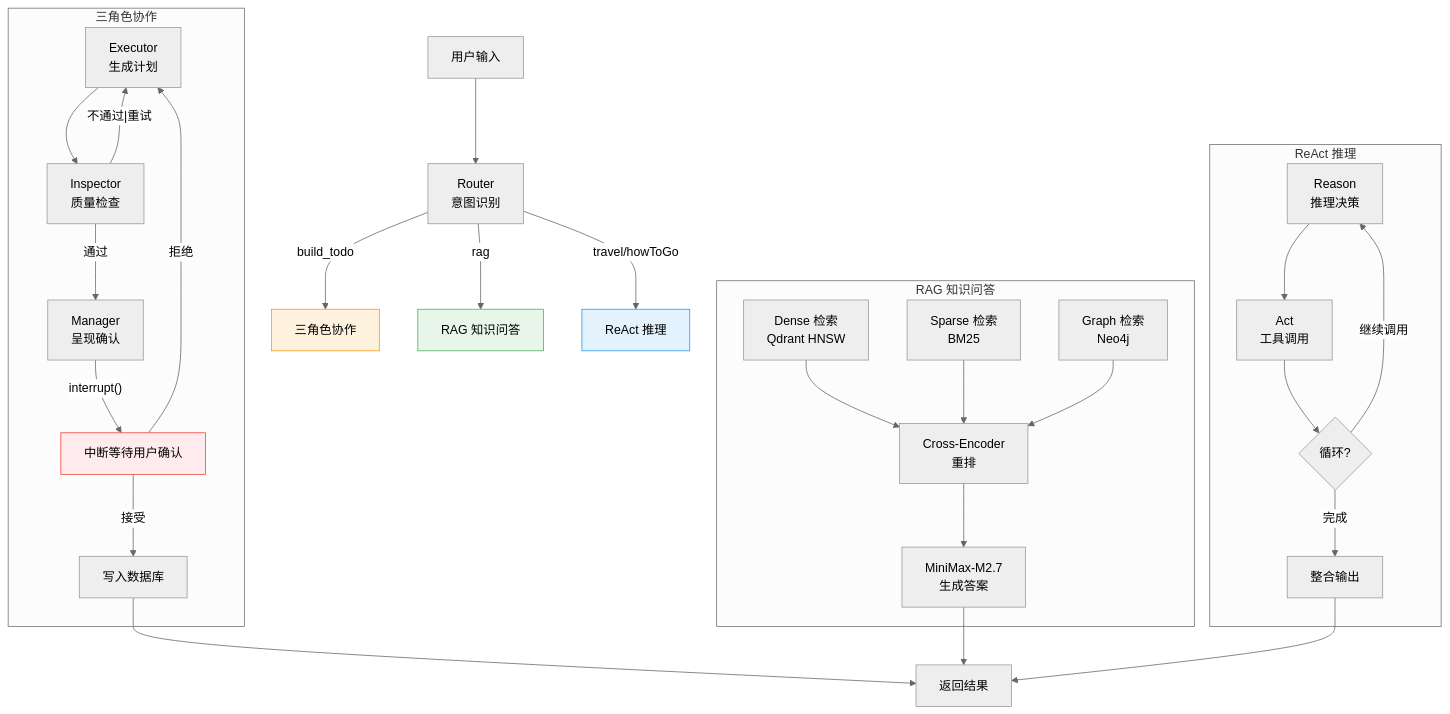
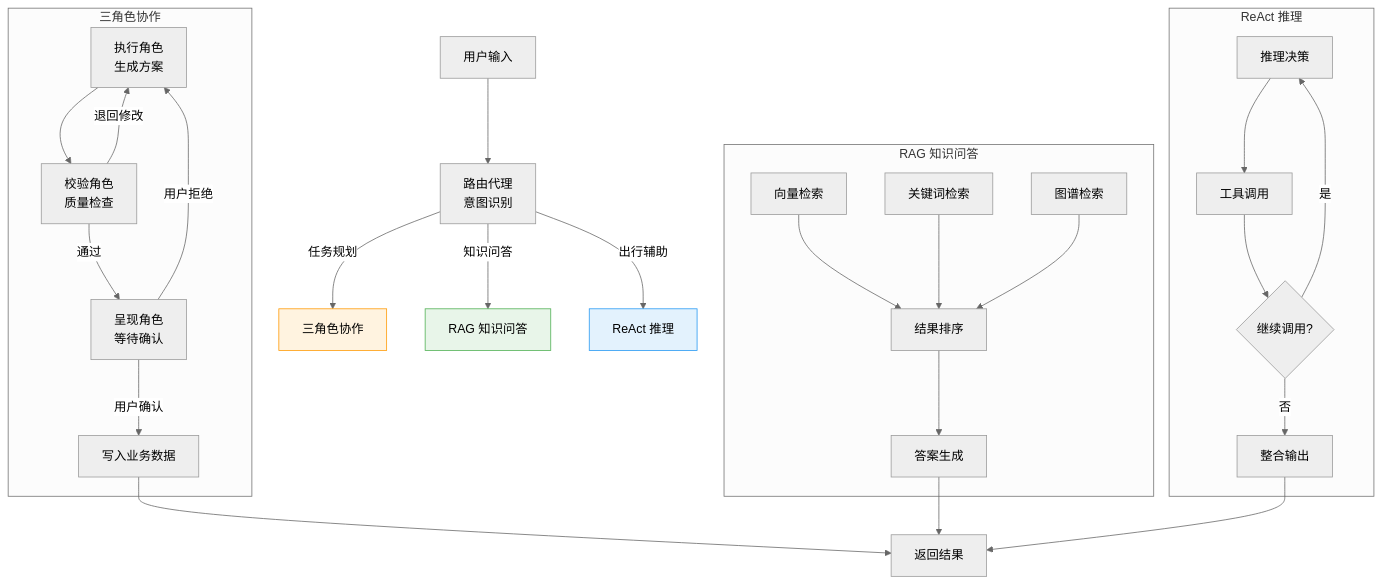
The third of 20 diagrams in 第4章-系统总体设计.md (yanmengssss/Life-Pilot-Total), drawn with Mermaid (neutral theme) before and after one commit. The commit also changed other lines of this file and 229 other files, not shown here.

````diff
--- a/第4章-系统总体设计.md
+++ b/第4章-系统总体设计.md
@@ -199,56 +220,54 @@
 ```mermaid
 graph TB
-    Start["用户输入"] --> Router["Router<br/>意图识别"]
+    Start["用户输入"] --> Router["路由代理<br/>意图识别"]
 
-    Router -->|"build_todo"| ThreeRole["三角色协作"]
-    Router -->|"rag"| RAG["RAG 知识问答"]
-    Router -->|"travel/howToGo"| ReAct["ReAct 推理"]
+    Router -->|"任务规划"| ThreeRole["三角色协作"]
+    Router -->|"知识问答"| RAG["RAG 知识问答"]
+    Router -->|"出行辅助"| ReAct["ReAct 推理"]
 
     subgraph 三角色协作
-        Executor["Executor<br/>生成计划"]
-        Inspector["Inspector<br/>质量检查"]
-        Manager["Manager<br/>呈现确认"]
+        Executor["执行角色<br/>生成方案"]
+        Inspector["校验角色<br/>质量检查"]
+        Manager["呈现角色<br/>等待确认"]
 
         Executor --> Inspector
         Inspector -->|"通过"| Manager
-        Inspector -->|"不通过|重试"| Executor
-        Manager -->|"interrupt()"| Interrupt["中断等待用户确认"]
-        Interrupt -->|"接受"| WriteDB["写入数据库"]
-        Interrupt -->|"拒绝"| Executor
+        Inspector -->|"退回修改"| Executor
+        Manager -->|"用户确认"| WriteDB["写入业务数据"]
+        Manager -->|"用户拒绝"| Executor
     end
 
     subgraph RAG 知识问答
-        Dense["Dense 检索<br/>Qdrant HNSW"]
-        Sparse["Sparse 检索<br/>BM25"]
-        Graph["Graph 检索<br/>Neo4j"]
-        Rerank["Cross-Encoder<br/>重排"]
-        LLM["MiniMax-M2.7<br/>生成答案"]
+        Dense["向量检索"]
+        Sparse["关键词检索"]
+        Graph["图谱检索"]
+        Rerank["结果排序"]
+        LLM["答案生成"]
 
         Dense --> Rerank
         Sparse --> Rerank
         Graph --> Rerank
         Rerank --> LLM
     end
 
     subgraph ReAct 推理
-        Reason["Reason<br/>推理决策"]
-        Act["Act<br/>工具调用"]
-        Loop{"循环?"}
+        Reason["推理决策"]
+        Act["工具调用"]
+        Loop{"继续调用?"}
 
         Reason --> Act
         Act --> Loop
-        Loop -->|"继续调用"| Reason
-        Loop -->|"完成"| Final["整合输出"]
+        Loop -->|"是"| Reason
+        Loop -->|"否"| Final["整合输出"]
     end
 
     WriteDB --> End
     LLM --> End
     Final --> End
 
     End["返回结果"]
 
     style ThreeRole fill:#fff3e0,stroke:#ff9800
     style RAG fill:#e8f5e9,stroke:#4caf50
     style ReAct fill:#e3f2fd,stroke:#2196f3
-    style Interrupt fill:#ffebee,stroke:#f44336
 ```
````
